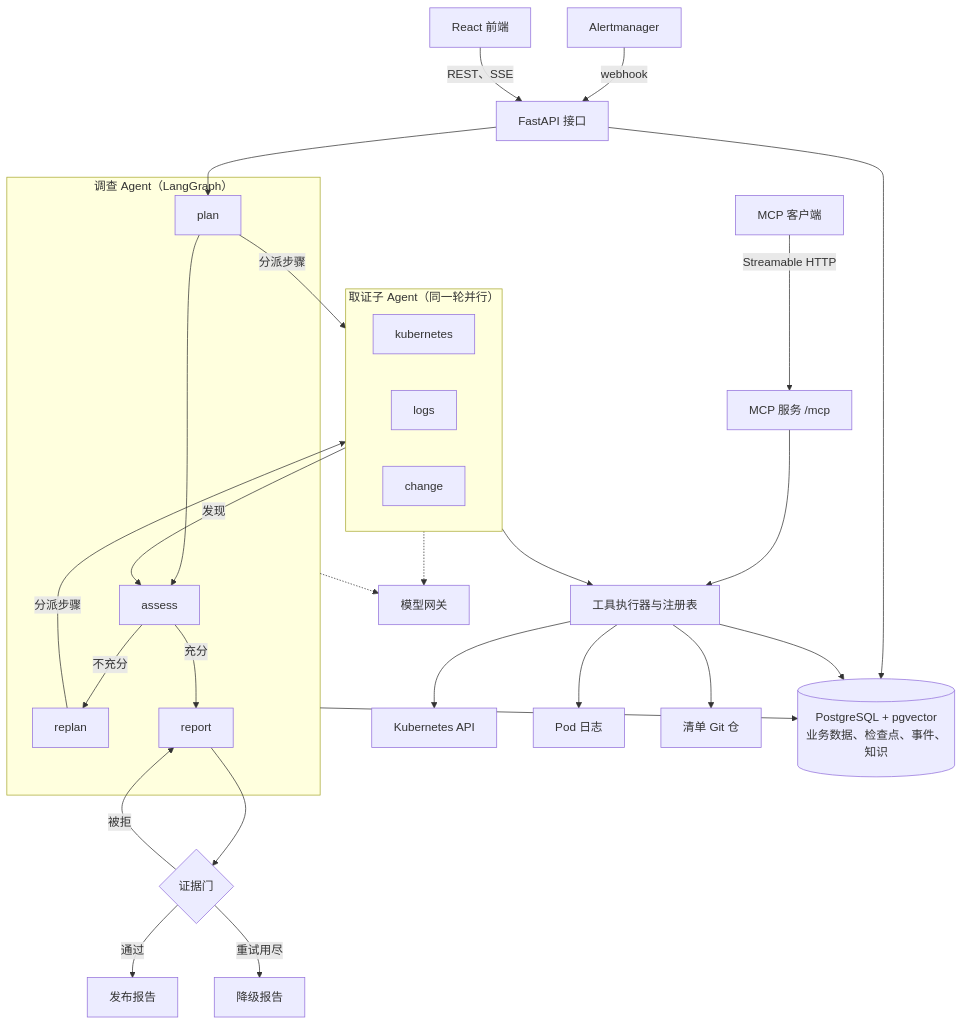
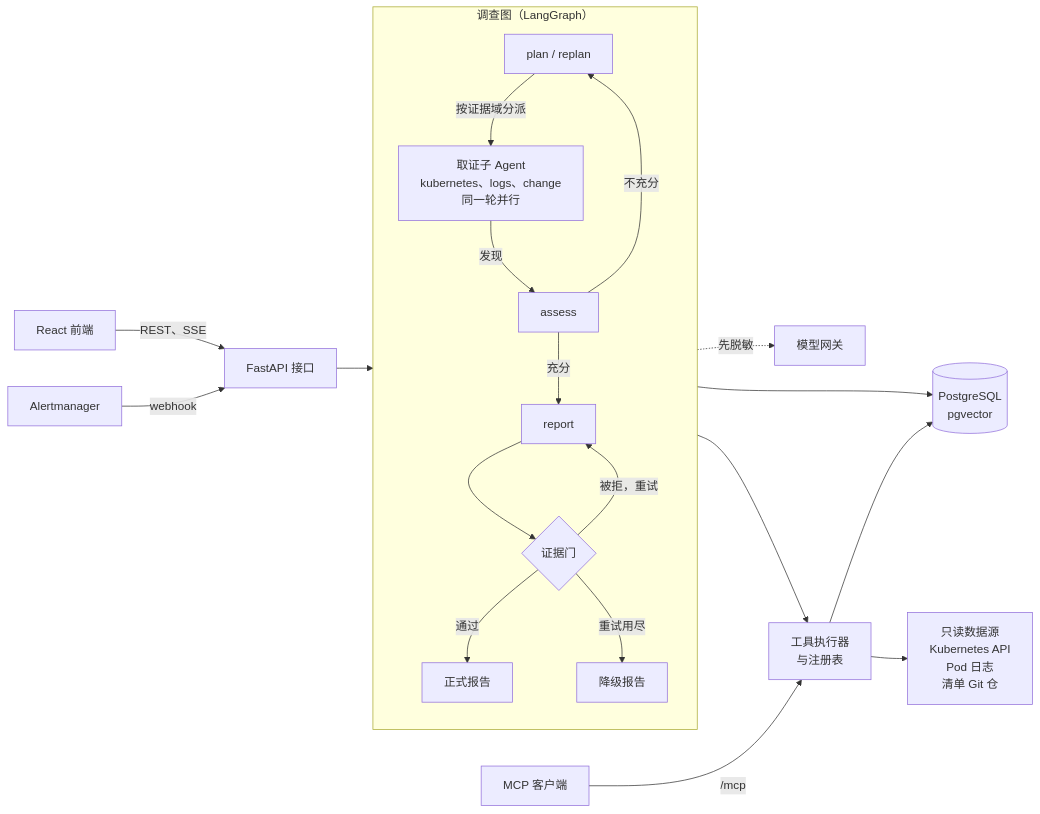
Before and after one commit to csthink/mars-bianque: the diagram in README.md, drawn with Mermaid.

Commit message:
Simplify the README architecture diagram so it renders without crossing edges

````diff
--- a/README.md
+++ b/README.md
@@ -9,41 +9,25 @@
 ```mermaid
-flowchart TB
+flowchart LR
   AM["Alertmanager"] -->|"webhook"| API["FastAPI 接口"]
   UI["React 前端"] -->|"REST、SSE"| API
-
-  subgraph AGENT["调查 Agent（LangGraph）"]
-    PLAN["plan"] --> ASSESS["assess"]
-    ASSESS -->|"不充分"| REPLAN["replan"]
-    ASSESS -->|"充分"| REPORT["report"]
-  end
   API --> PLAN
 
-  PLAN -->|"分派步骤"| SUB
-  REPLAN -->|"分派步骤"| SUB
-  subgraph SUB["取证子 Agent（同一轮并行）"]
-    K8S["kubernetes"]
-    LOGS["logs"]
-    CHANGE["change"]
+  subgraph GRAPH["调查图（LangGraph）"]
+    direction TB
+    PLAN["plan / replan"] -->|"按证据域分派"| SUB["取证子 Agent<br/>kubernetes、logs、change<br/>同一轮并行"]
+    SUB -->|"发现"| ASSESS["assess"]
+    ASSESS -->|"不充分"| PLAN
+    ASSESS -->|"充分"| REPORT["report"]
+    REPORT --> GATE{"证据门"}
+    GATE -->|"被拒，重试"| REPORT
+    GATE -->|"通过"| PUB["正式报告"]
+    GATE -->|"重试用尽"| DEG["降级报告"]
   end
-  SUB -->|"发现"| ASSESS
 
-  SUB --> EXEC["工具执行器与注册表"]
-  MCPC["MCP 客户端"] -->|"Streamable HTTP"| MCP["MCP 服务 /mcp"]
-  MCP --> EXEC
-  EXEC --> KAPI["Kubernetes API"]
-  EXEC --> PODLOGS["Pod 日志"]
-  EXEC --> GIT["清单 Git 仓"]
-
-  REPORT --> GATE{"证据门"}
-  GATE -->|"通过"| PUB["发布报告"]
-  GATE -->|"被拒"| REPORT
-  GATE -->|"重试用尽"| DEG["降级报告"]
-
-  AGENT -.-> LLM["模型网关"]
-  SUB -.-> LLM
-
-  PG[("PostgreSQL + pgvector<br/>业务数据、检查点、事件、知识")]
-  API --> PG
-  AGENT --> PG
+  GRAPH -.->|"先脱敏"| LLM["模型网关"]
+  GRAPH --> PG[("PostgreSQL<br/>pgvector")]
+  SUB --> EXEC["工具执行器<br/>与注册表"]
+  MCPC["MCP 客户端"] -->|"/mcp"| EXEC
   EXEC --> PG
+  EXEC --> SRC["只读数据源<br/>Kubernetes API<br/>Pod 日志<br/>清单 Git 仓"]
 ```
````
